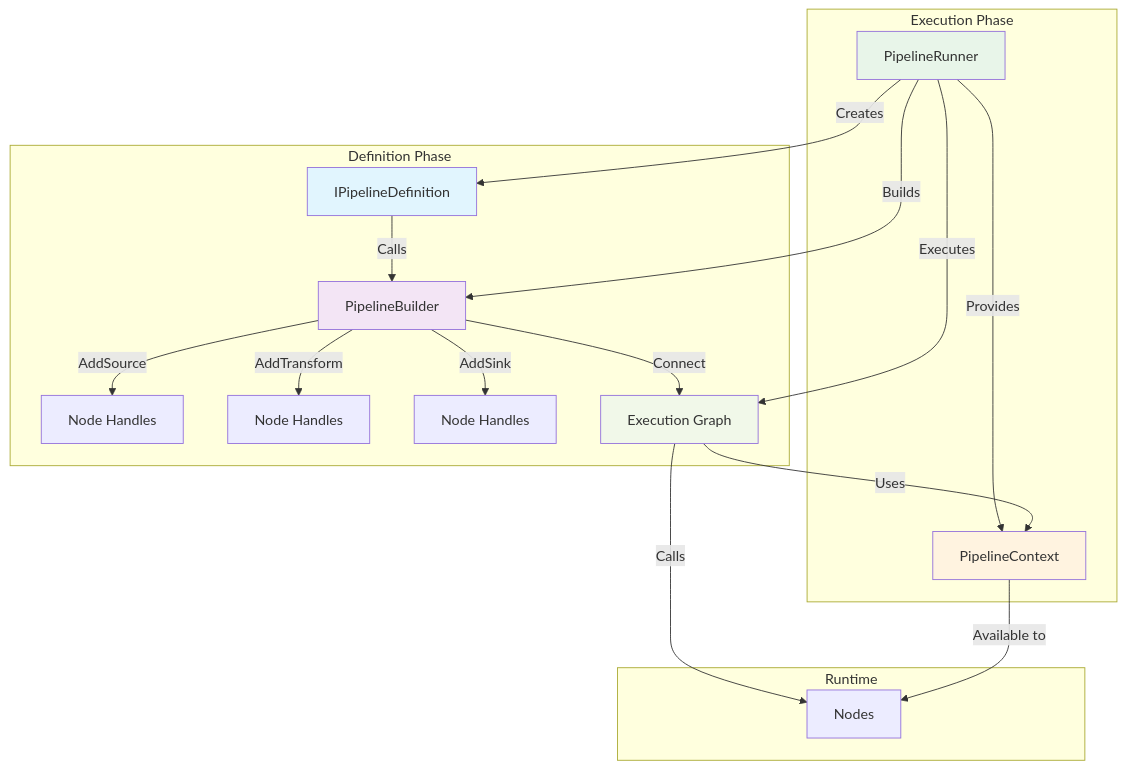
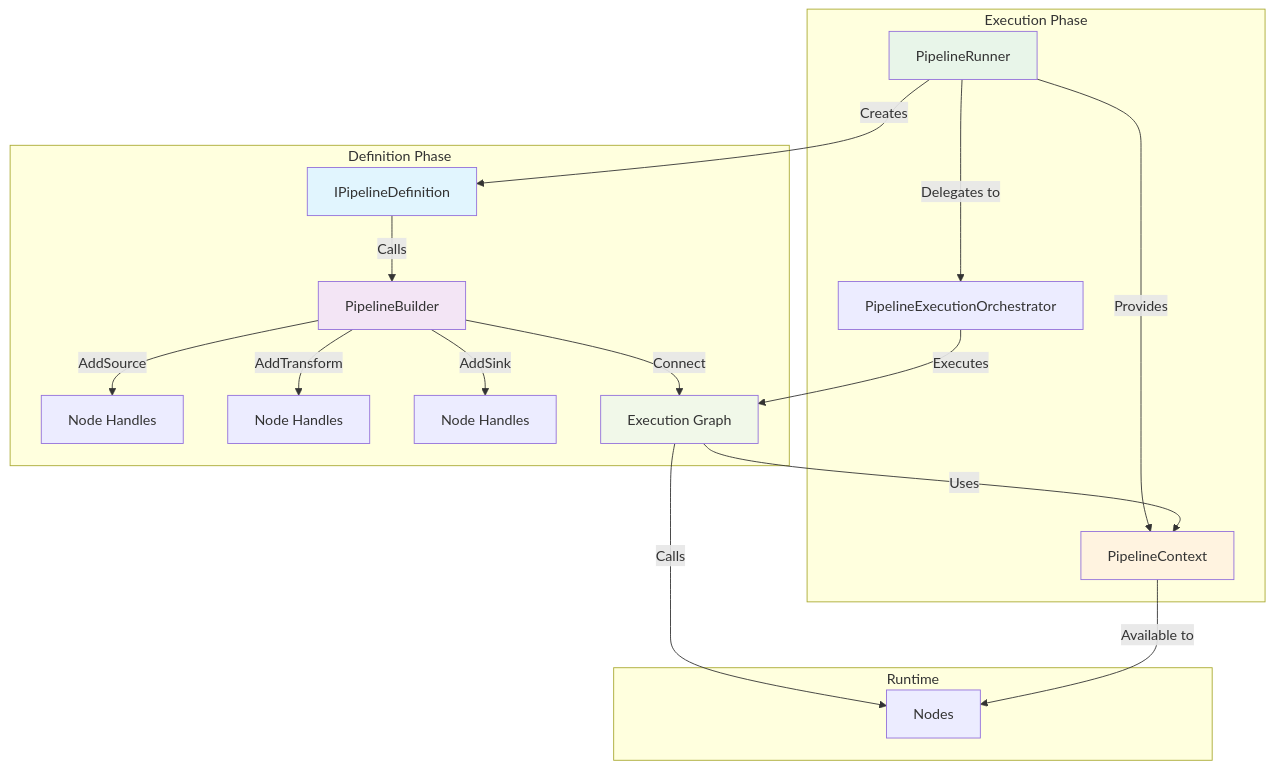
Before and after one commit to npipeline/NPipeline: the diagram in docs/architecture/component-architecture.md, drawn with Mermaid. The commit also changed other lines of this file and 12 other files, not shown here.

First line of the commit message:
Introduce PipelineExecutionOrchestrator and stages

````diff
--- a/docs/architecture/component-architecture.md
+++ b/docs/architecture/component-architecture.md
@@ -284,30 +284,30 @@
 ```mermaid
 graph TD
     subgraph "Definition Phase"
         PD[IPipelineDefinition] -->|Calls| PB[PipelineBuilder]
         PB -->|AddSource| N1[Node Handles]
         PB -->|AddTransform| N2[Node Handles]
         PB -->|AddSink| N3[Node Handles]
         PB -->|Connect| G[Execution Graph]
     end
 
     subgraph "Execution Phase"
         PR[PipelineRunner] -->|Creates| PD
-        PR -->|Builds| PB
+        PR -->|Delegates to| PO[PipelineExecutionOrchestrator]
         PR -->|Provides| PC[PipelineContext]
-        PR -->|Executes| G
+        PO -->|Executes| G
         G -->|Uses| PC
     end
 
     subgraph "Runtime"
         SN[Nodes]
         G -->|Calls| SN
         PC -->|Available to| SN
     end
 
     style PD fill:#e1f5fe
     style PB fill:#f3e5f5
     style PR fill:#e8f5e9
     style PC fill:#fff3e0
     style G fill:#f1f8e9
 ```
````
